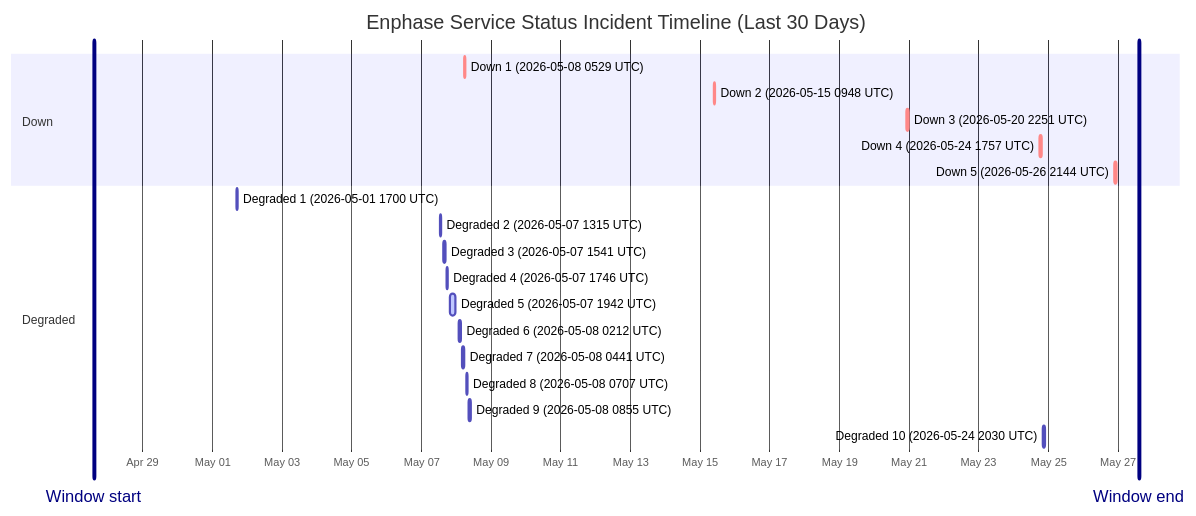
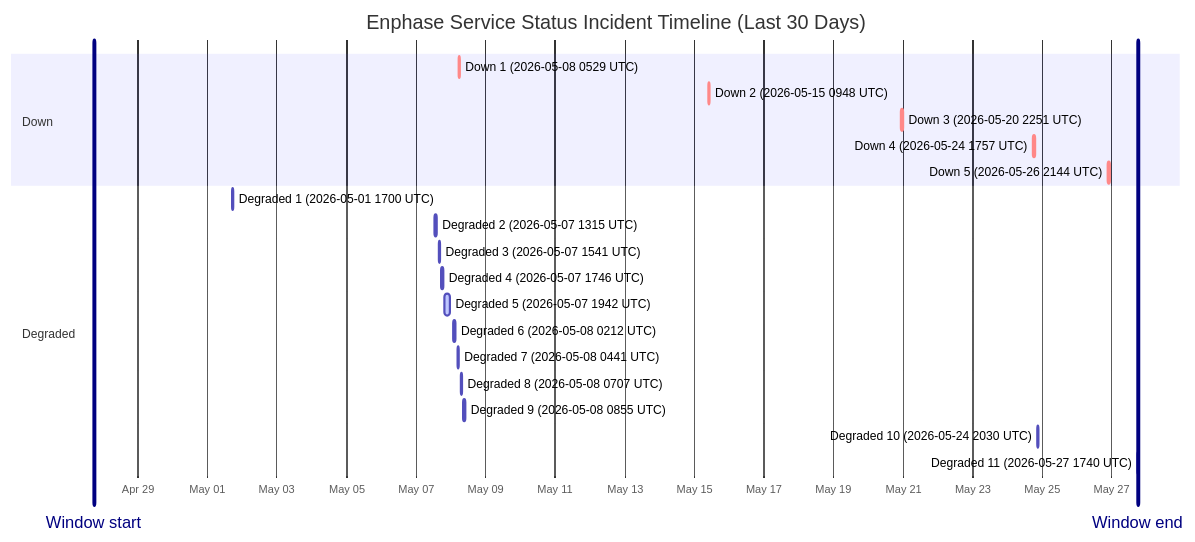
One commit to barneyonline/ha-enphase-ev-charger changed the diagram in wiki/Service-Status-History.md. Above: the diagram before and after it, drawn with Mermaid. The commit also changed other lines of this file and 5 other files, not shown here.

````diff
--- a/wiki/Service-Status-History.md
+++ b/wiki/Service-Status-History.md
@@ -14,25 +14,26 @@
 ```mermaid
 gantt
     title Enphase Service Status Incident Timeline (Last 30 Days)
     dateFormat  YYYY-MM-DDTHH:mm:ss
     axisFormat  %b %d
-    Window start :vert, window-start, 2026-04-27T14:26:06, 0ms
-    Window end :vert, window-end, 2026-05-27T14:26:06, 0ms
+    Window start :vert, window-start, 2026-04-27T17:40:52, 0ms
+    Window end :vert, window-end, 2026-05-27T17:40:52, 0ms
     section Down
     Down 1 (2026-05-08 0529 UTC) :crit, down-1, 2026-05-08T05:29:47, 60m
     Down 2 (2026-05-15 0948 UTC) :crit, down-2, 2026-05-15T09:48:18, 60m
     Down 3 (2026-05-20 2251 UTC) :crit, down-3, 2026-05-20T22:51:14, 75m
     Down 4 (2026-05-24 1757 UTC) :crit, down-4, 2026-05-24T17:57:41, 86m
     Down 5 (2026-05-26 2144 UTC) :crit, down-5, 2026-05-26T21:44:11, 85m
     section Degraded
     Degraded 1 (2026-05-01 1700 UTC) :active, degraded-1, 2026-05-01T17:00:22, 60m
     Degraded 2 (2026-05-07 1315 UTC) :active, degraded-2, 2026-05-07T13:15:25, 60m
     Degraded 3 (2026-05-07 1541 UTC) :active, degraded-3, 2026-05-07T15:41:58, 60m
     Degraded 4 (2026-05-07 1746 UTC) :active, degraded-4, 2026-05-07T17:46:51, 60m
     Degraded 5 (2026-05-07 1942 UTC) :active, degraded-5, 2026-05-07T19:42:10, 249m
     Degraded 6 (2026-05-08 0212 UTC) :active, degraded-6, 2026-05-08T02:12:39, 60m
     Degraded 7 (2026-05-08 0441 UTC) :active, degraded-7, 2026-05-08T04:41:46, 60m
     Degraded 8 (2026-05-08 0707 UTC) :active, degraded-8, 2026-05-08T07:07:30, 60m
     Degraded 9 (2026-05-08 0855 UTC) :active, degraded-9, 2026-05-08T08:55:20, 88m
     Degraded 10 (2026-05-24 2030 UTC) :active, degraded-10, 2026-05-24T20:30:57, 84m
+    Degraded 11 (2026-05-27 1740 UTC) :active, degraded-11, 2026-05-27T17:40:52, 60m
 ```
````
